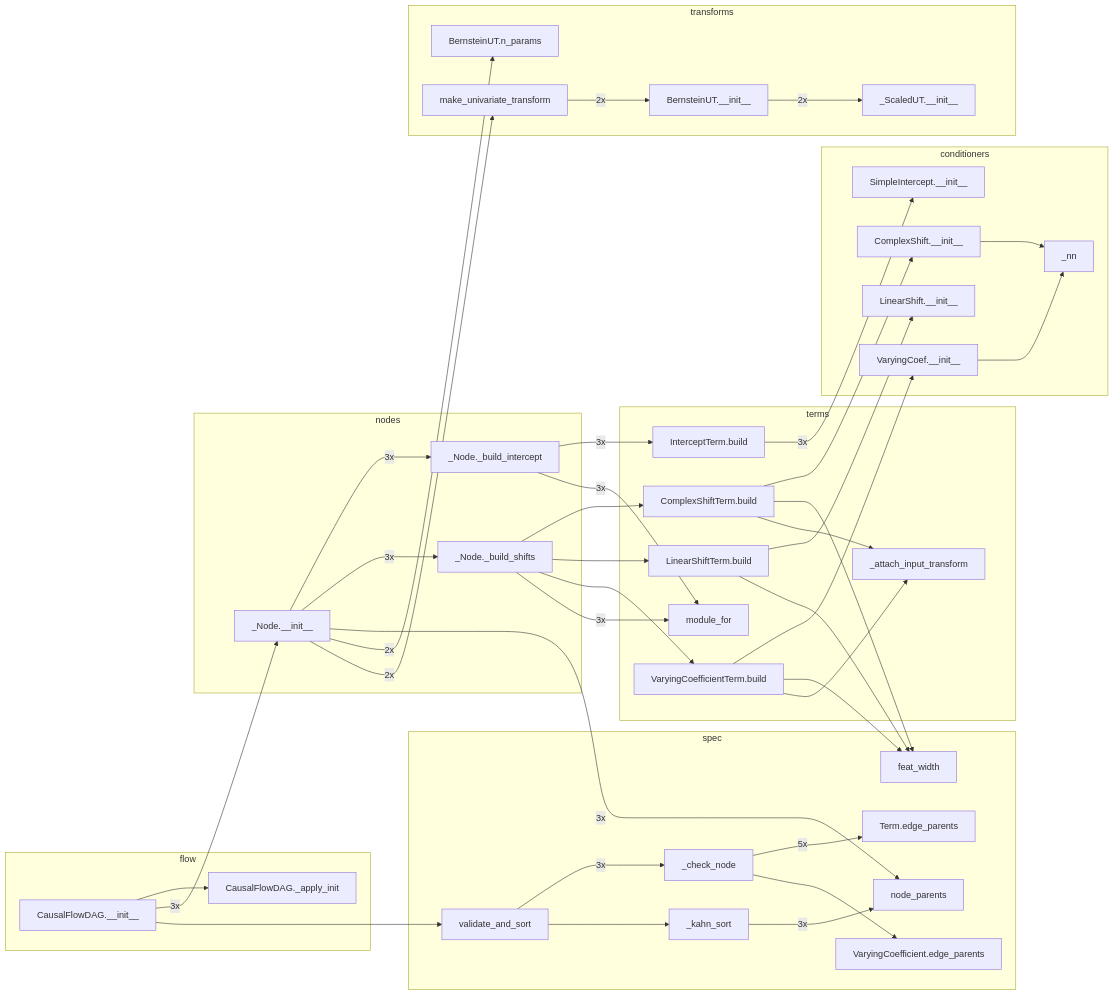
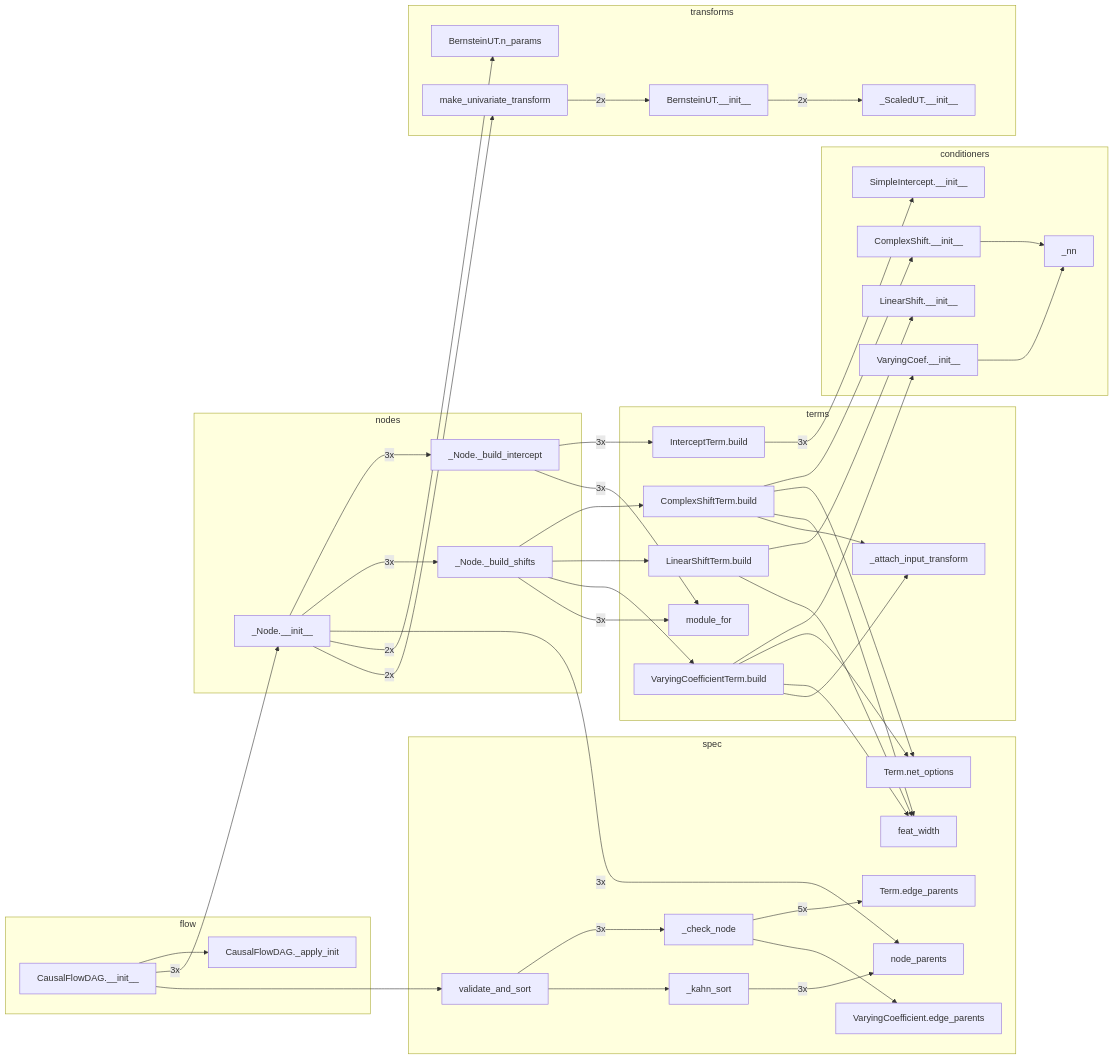
The fifth of 6 diagrams in docs/architecture.md (tensorchiefs/tramdag), drawn with Mermaid before and after one commit. The commit also changed other lines of this file and 11 other files, not shown here.

````diff
--- a/docs/architecture.md
+++ b/docs/architecture.md
@@ -306,74 +319,77 @@
 ```mermaid
 flowchart LR
   subgraph conditioners
     n0["ComplexShift.__init__"]
-    n24["LinearShift.__init__"]
-    n23["SimpleIntercept.__init__"]
+    n25["LinearShift.__init__"]
+    n24["SimpleIntercept.__init__"]
     n2["VaryingCoef.__init__"]
     n1["_nn"]
   end
   subgraph flow
     n3["CausalFlowDAG.__init__"]
     n4["CausalFlowDAG._apply_init"]
   end
   subgraph nodes
     n5["_Node.__init__"]
     n7["_Node._build_intercept"]
     n8["_Node._build_shifts"]
   end
   subgraph spec
     n18["Term.edge_parents"]
+    n21["Term.net_options"]
     n19["VaryingCoefficient.edge_parents"]
     n17["_check_node"]
     n20["_kahn_sort"]
-    n21["feat_width"]
+    n22["feat_width"]
     n9["node_parents"]
     n6["validate_and_sort"]
   end
   subgraph terms
     n14["ComplexShiftTerm.build"]
     n12["InterceptTerm.build"]
     n15["LinearShiftTerm.build"]
     n16["VaryingCoefficientTerm.build"]
-    n22["_attach_input_transform"]
+    n23["_attach_input_transform"]
     n13["module_for"]
   end
   subgraph transforms
-    n25["BernsteinUT.__init__"]
+    n26["BernsteinUT.__init__"]
     n10["BernsteinUT.n_params"]
-    n26["_ScaledUT.__init__"]
+    n27["_ScaledUT.__init__"]
     n11["make_univariate_transform"]
   end
     n0 --> n1
     n2 --> n1
     n3 --> n4
     n3 -- "3x" --> n5
     n3 --> n6
     n5 -- "3x" --> n7
     n5 -- "3x" --> n8
     n5 -- "3x" --> n9
     n5 -- "2x" --> n10
     n5 -- "2x" --> n11
     n7 -- "3x" --> n12
     n7 -- "3x" --> n13
     n8 --> n14
     n8 --> n15
     n8 --> n16
     n8 -- "3x" --> n13
     n17 -- "5x" --> n18
     n17 --> n19
     n20 -- "3x" --> n9
     n6 -- "3x" --> n17
     n6 --> n20
     n14 --> n0
     n14 --> n21
     n14 --> n22
-    n12 -- "3x" --> n23
-    n15 --> n24
-    n15 --> n21
+    n14 --> n23
+    n12 -- "3x" --> n24
+    n15 --> n25
+    n15 --> n22
     n16 --> n2
     n16 --> n21
     n16 --> n22
-    n25 -- "2x" --> n26
-    n11 -- "2x" --> n25
+    n16 --> n23
+    n26 -- "2x" --> n27
+    n11 -- "2x" --> n26
 ```
````
